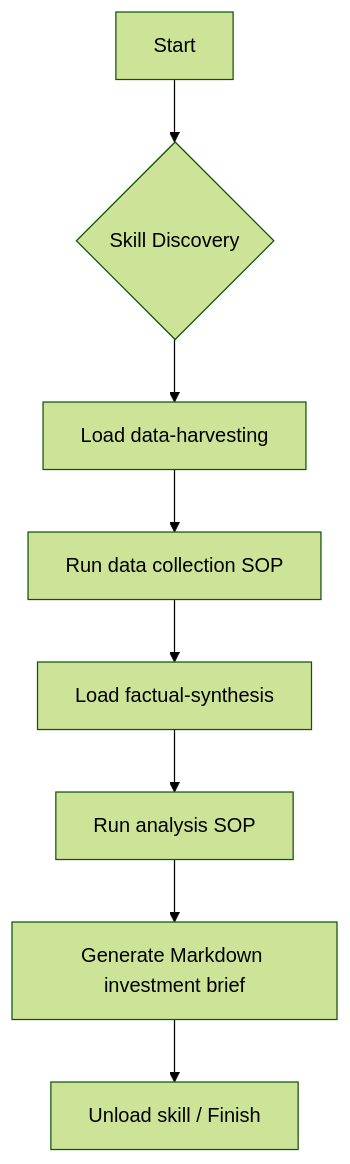
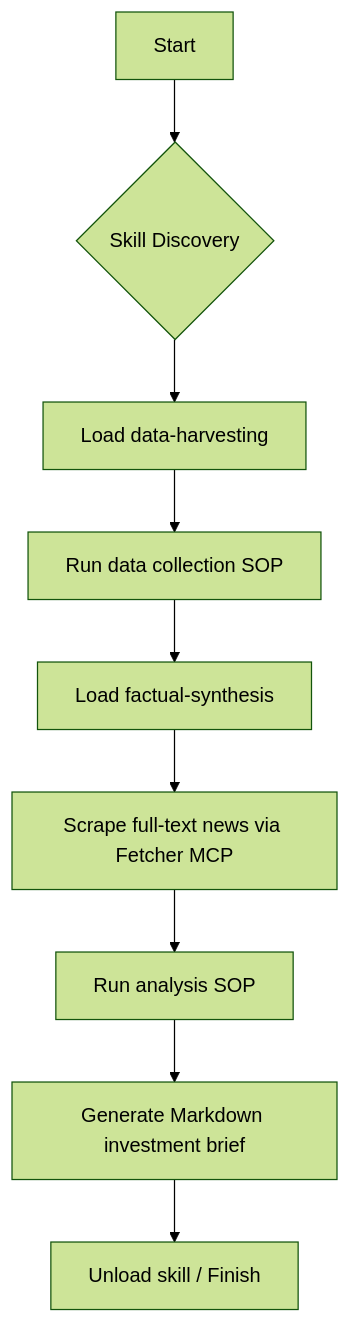
The diagram in README.md (long0426/python-skill-poc), drawn with Mermaid (forest theme) before and after one commit. The commit also changed 2 other files, not shown here.

Commit message:
docs: Update data flow diagram to include news scraping via Fetcher MCP and reorder subsequent steps.

````diff
--- a/README.md
+++ b/README.md
@@ -66,10 +66,11 @@
 ```mermaid
 graph TD
     A[Start] --> B{Skill Discovery}
     B --> C[Load data-harvesting]
     C --> D[Run data collection SOP]
     D --> E[Load factual-synthesis]
-    E --> F[Run analysis SOP]
-    F --> G[Generate Markdown investment brief]
-    G --> H[Unload skill / Finish]
+    E --> F[Scrape full-text news via Fetcher MCP]
+    F --> G[Run analysis SOP]
+    G --> H[Generate Markdown investment brief]
+    H --> I[Unload skill / Finish]
 ```
````
